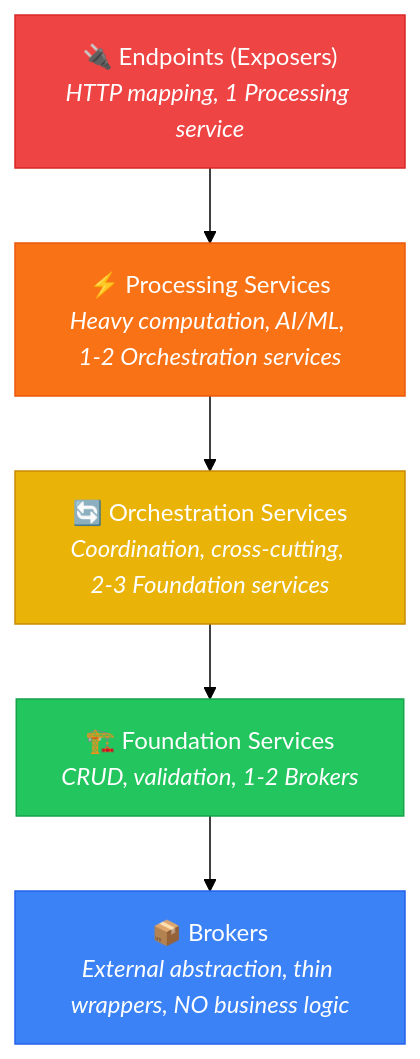
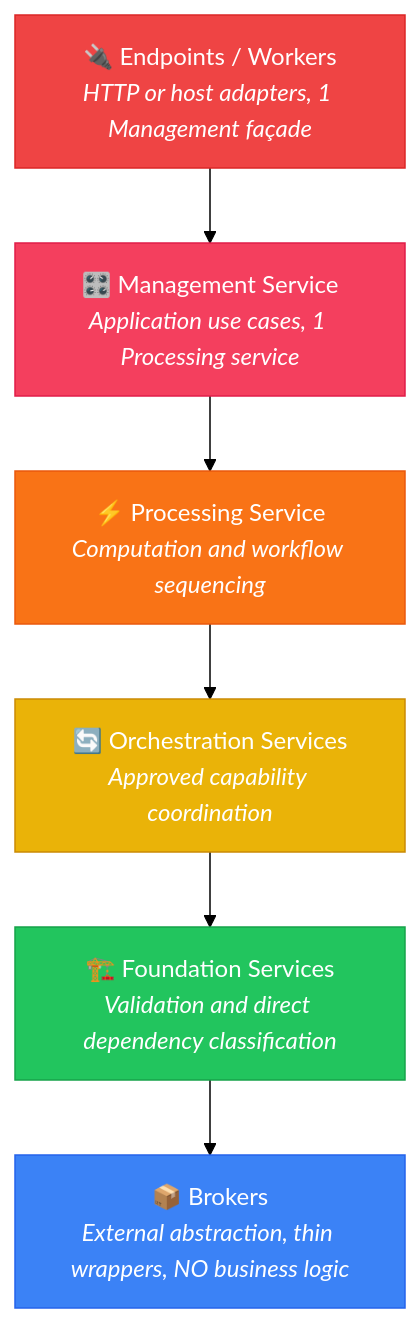
Before and after one commit to arolariu/arolariu.ro: the second of 4 diagrams in README.md, drawn with Mermaid (forest theme). The commit also changed other lines of this file, not shown here.

````diff
--- a/README.md
+++ b/README.md
@@ -613,19 +656,22 @@
 ```mermaid
 graph TB
-    EP["🔌 Endpoints (Exposers)<br/><i>HTTP mapping, 1 Processing service</i>"]
-    PS["⚡ Processing Services<br/><i>Heavy computation, AI/ML, 1-2 Orchestration services</i>"]
-    OS["🔄 Orchestration Services<br/><i>Coordination, cross-cutting, 2-3 Foundation services</i>"]
-    FS["🏗️ Foundation Services<br/><i>CRUD, validation, 1-2 Brokers</i>"]
+    EP["🔌 Endpoints / Workers<br/><i>HTTP or host adapters, 1 Management façade</i>"]
+    MS["🎛️ Management Service<br/><i>Application use cases, 1 Processing service</i>"]
+    PS["⚡ Processing Service<br/><i>Computation and workflow sequencing</i>"]
+    OS["🔄 Orchestration Services<br/><i>Approved capability coordination</i>"]
+    FS["🏗️ Foundation Services<br/><i>Validation and direct dependency classification</i>"]
     BR["📦 Brokers<br/><i>External abstraction, thin wrappers, NO business logic</i>"]
 
-    EP --> PS
+    EP --> MS
+    MS --> PS
     PS --> OS
     OS --> FS
     FS --> BR
 
     style EP fill:#ef4444,stroke:#dc2626,color:#fff
+    style MS fill:#f43f5e,stroke:#e11d48,color:#fff
     style PS fill:#f97316,stroke:#ea580c,color:#fff
     style OS fill:#eab308,stroke:#ca8a04,color:#fff
     style FS fill:#22c55e,stroke:#16a34a,color:#fff
     style BR fill:#3b82f6,stroke:#2563eb,color:#fff
 ```
````
